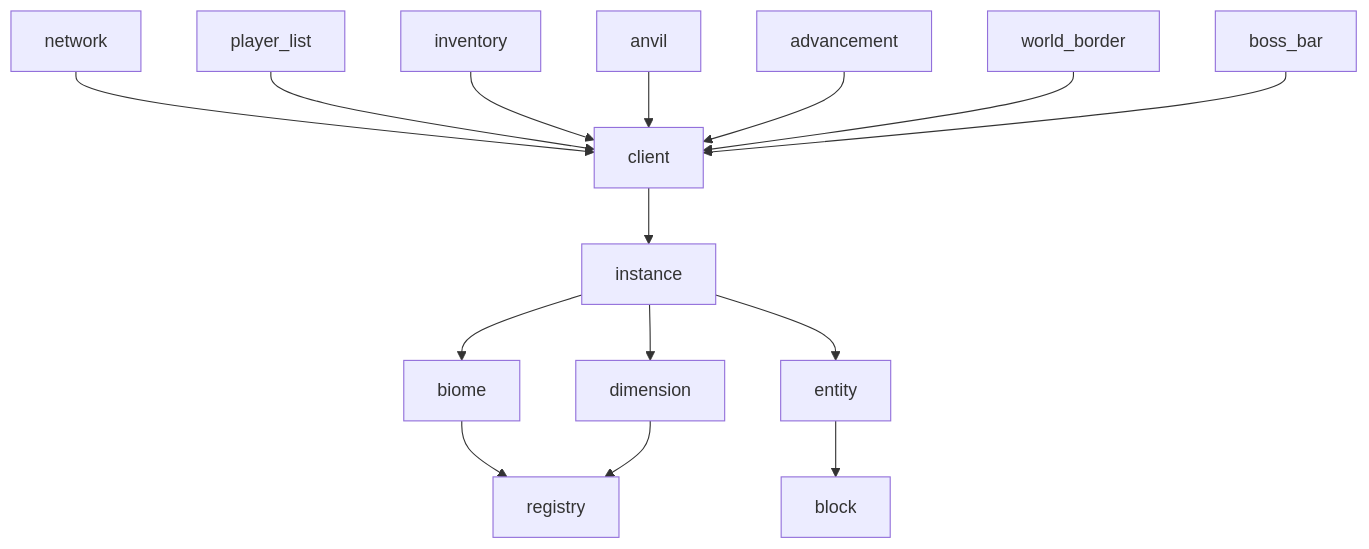
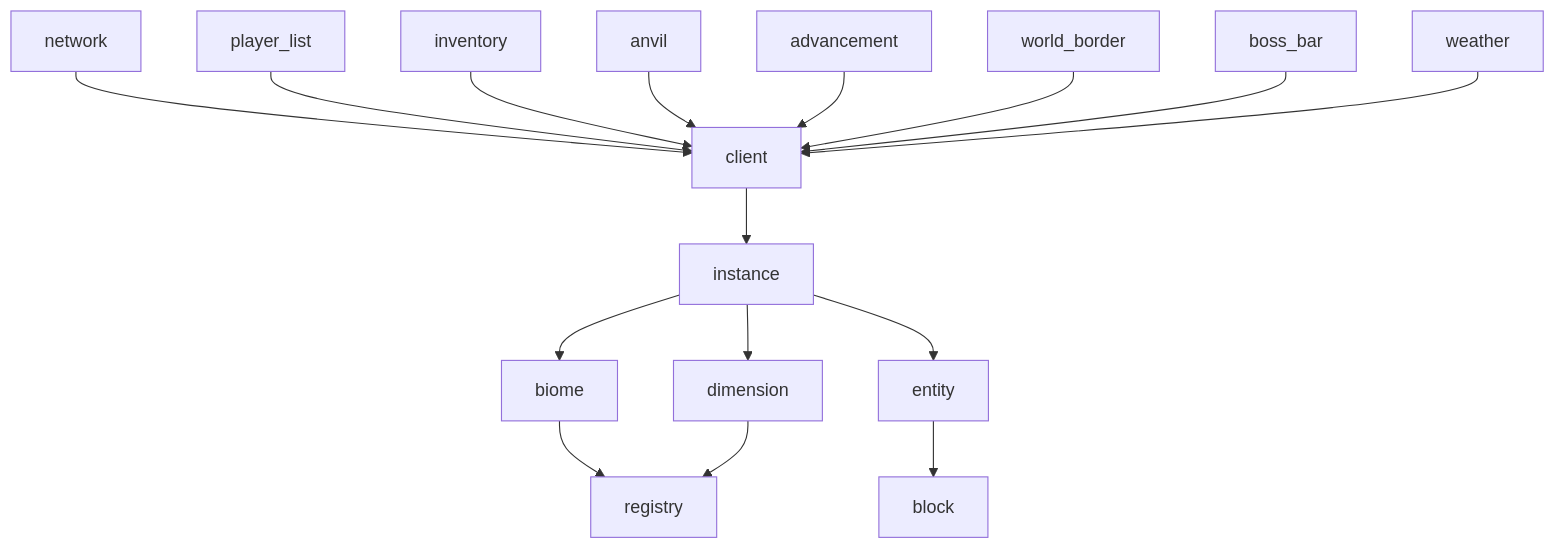
The diagram in crates/README.md (valence-rs/valence), drawn with Mermaid before and after one commit. The commit also changed 8 other files, not shown here.

````diff
--- a/crates/README.md
+++ b/crates/README.md
@@ -11,17 +11,18 @@
 ```mermaid
 graph TD
   	network --> client
 	client --> instance
 	biome --> registry
 	dimension --> registry
 	instance --> biome
 	instance --> dimension
 	instance --> entity
 	player_list --> client
 	inventory --> client
 	anvil --> client
 	entity --> block
 	advancement --> client
 	world_border --> client
 	boss_bar --> client
+	weather --> client
 ```
````
